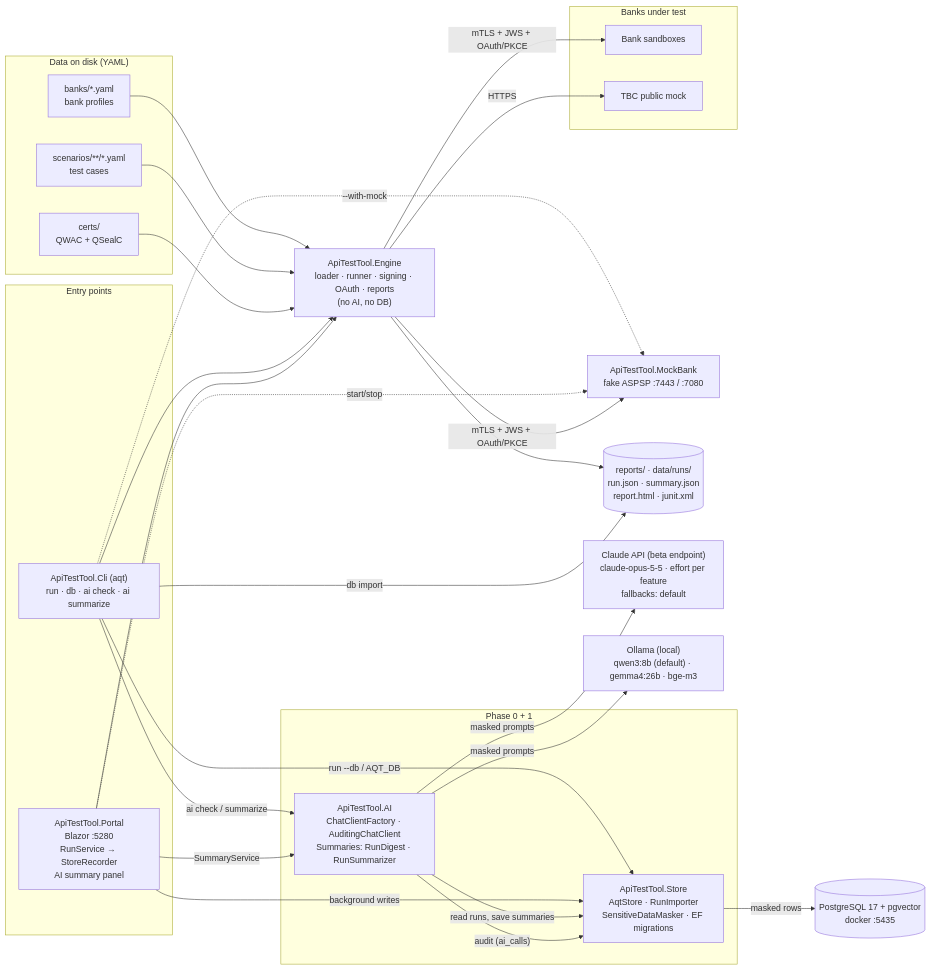
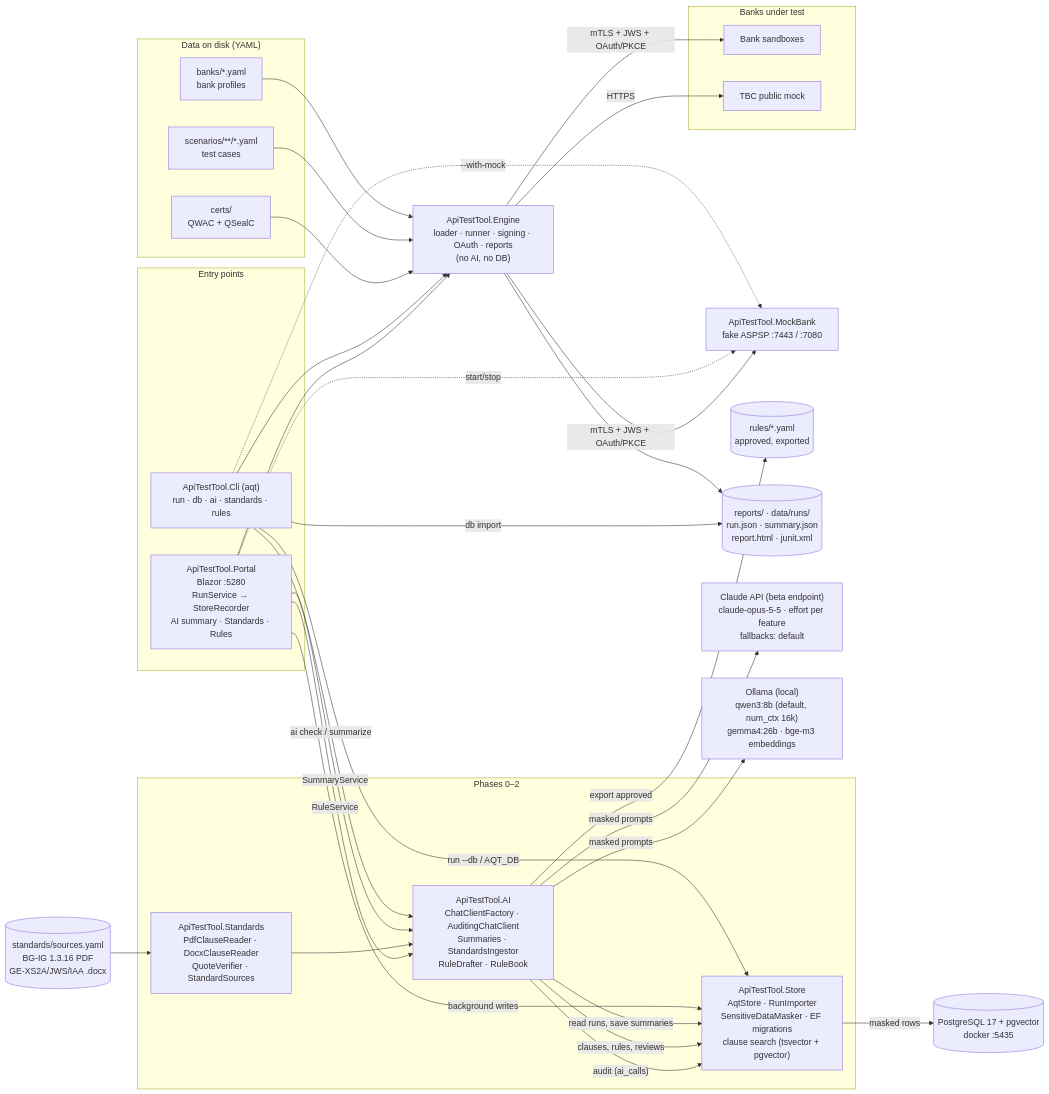
Before and after one commit to levan-petrosiani/Aurasoft-Monitoring: the first of 6 diagrams in ARCHITECTURE.md, drawn with Mermaid. The commit also changed other lines of this file and 52 other files, not shown here.

````diff
--- a/ARCHITECTURE.md
+++ b/ARCHITECTURE.md
@@ -12,51 +13,59 @@
 ```mermaid
 flowchart LR
     subgraph Inputs["Data on disk (YAML)"]
         Banks["banks/*.yaml<br/>bank profiles"]
         Scen["scenarios/**/*.yaml<br/>test cases"]
         Certs["certs/<br/>QWAC + QSealC"]
     end
 
     subgraph Hosts["Entry points"]
-        Cli["ApiTestTool.Cli (aqt)<br/>run · db · ai check · ai summarize"]
-        Portal["ApiTestTool.Portal<br/>Blazor :5280<br/>RunService → StoreRecorder<br/>AI summary panel"]
+        Cli["ApiTestTool.Cli (aqt)<br/>run · db · ai · standards · rules"]
+        Portal["ApiTestTool.Portal<br/>Blazor :5280<br/>RunService → StoreRecorder<br/>AI summary · Standards · Rules"]
     end
 
     Engine["ApiTestTool.Engine<br/>loader · runner · signing · OAuth · reports<br/>(no AI, no DB)"]
     Mock["ApiTestTool.MockBank<br/>fake ASPSP :7443 / :7080"]
 
-    subgraph New["Phase 0 + 1"]
-        Store["ApiTestTool.Store<br/>AqtStore · RunImporter<br/>SensitiveDataMasker · EF migrations"]
-        AI["ApiTestTool.AI<br/>ChatClientFactory · AuditingChatClient<br/>Summaries: RunDigest · RunSummarizer"]
+    subgraph New["Phases 0–2"]
+        Store["ApiTestTool.Store<br/>AqtStore · RunImporter<br/>SensitiveDataMasker · EF migrations<br/>clause search (tsvector + pgvector)"]
+        AI["ApiTestTool.AI<br/>ChatClientFactory · AuditingChatClient<br/>Summaries · StandardsIngestor<br/>RuleDrafter · RuleBook"]
+        Std["ApiTestTool.Standards<br/>PdfClauseReader · DocxClauseReader<br/>QuoteVerifier · StandardSources"]
     end
+    Docs[("standards/sources.yaml<br/>BG-IG 1.3.16 PDF<br/>GE-XS2A/JWS/IAA .docx")]
+    RulesDir[("rules/*.yaml<br/>approved, exported")]
 
     subgraph Targets["Banks under test"]
         Real["Bank sandboxes"]
         TbcMock["TBC public mock"]
     end
 
     Files[("reports/ · data/runs/<br/>run.json · summary.json<br/>report.html · junit.xml")]
     PG[("PostgreSQL 17 + pgvector<br/>docker :5435")]
     Claude["Claude API (beta endpoint)<br/>claude-opus-5-5 · effort per feature<br/>fallbacks: default"]
-    Ollama["Ollama (local)<br/>qwen3:8b (default) · gemma4:26b · bge-m3"]
+    Ollama["Ollama (local)<br/>qwen3:8b (default, num_ctx 16k)<br/>gemma4:26b · bge-m3 embeddings"]
 
     Banks & Scen & Certs --> Engine
     Cli --> Engine
     Portal --> Engine
     Cli -. "--with-mock" .-> Mock
     Portal -. "start/stop" .-> Mock
     Engine -- "mTLS + JWS + OAuth/PKCE" --> Mock & Real
     Engine -- HTTPS --> TbcMock
     Engine --> Files
 
     Cli -- "run --db / AQT_DB" --> Store
     Cli -- "db import" --> Files
     Portal -- "background writes" --> Store
     Store -- "masked rows" --> PG
     Cli -- "ai check / summarize" --> AI
     Portal -- "SummaryService" --> AI
     AI -- "read runs, save summaries" --> Store
+    Docs --> Std
+    Std --> AI
+    AI -- "clauses, rules, reviews" --> Store
+    AI -- "export approved" --> RulesDir
+    Portal -- "RuleService" --> AI
     AI -- "masked prompts" --> Claude
     AI -- "masked prompts" --> Ollama
     AI -- "audit (ai_calls)" --> Store
 ```
````
